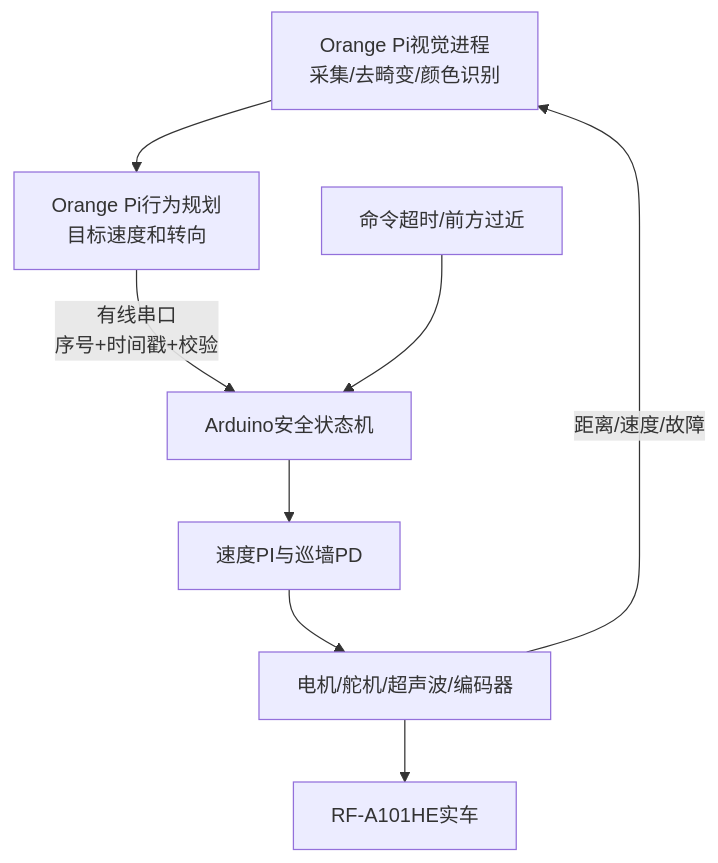
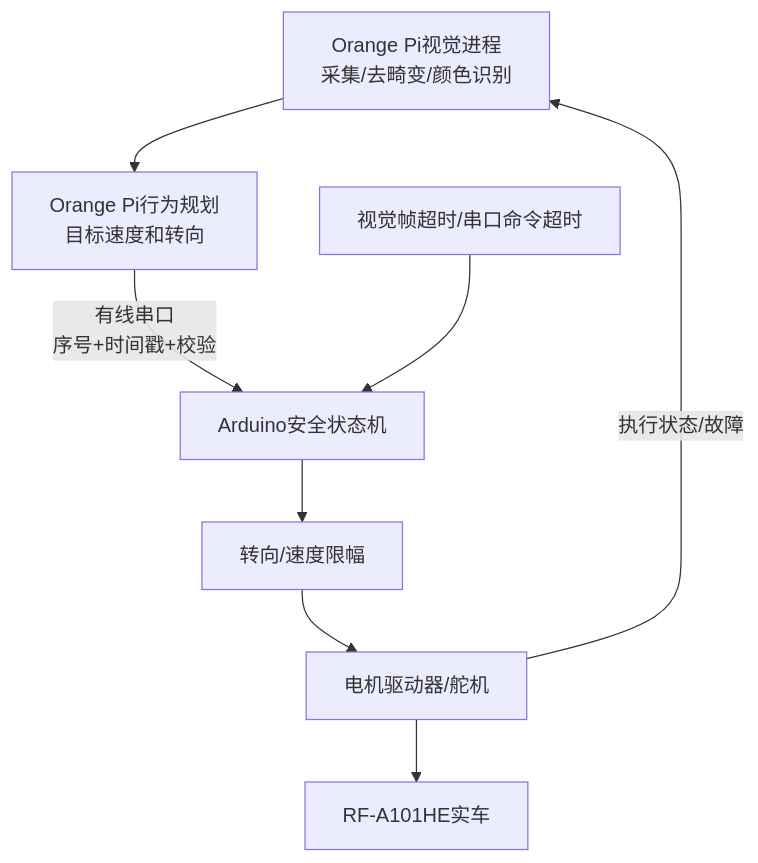
One commit to chinaxueyuannew/wro2026-nanjingBSSN changed the first of 3 diagrams in other其他/software-architecture.md. Above: the diagram before and after it, drawn with Mermaid. The commit also changed other lines of this file and 20 other files, not shown here.

````diff
--- a/other其他/software-architecture.md
+++ b/other其他/software-architecture.md
@@ -7,10 +11,10 @@
 ```mermaid
 flowchart TB
   VISION[Orange Pi视觉进程\n采集/去畸变/颜色识别] --> PLAN[Orange Pi行为规划\n目标速度和转向]
   PLAN -->|有线串口\n序号+时间戳+校验| FSM[Arduino安全状态机]
-  FSM --> CTRL[速度PI与巡墙PD]
-  CTRL --> HAL[电机/舵机/超声波/编码器]
+  FSM --> LIMIT[转向/速度限幅]
+  LIMIT --> HAL[电机驱动器/舵机]
   HAL --> HW[RF-A101HE实车]
-  HAL -->|距离/速度/故障| VISION
-  WATCHDOG[命令超时/前方过近] --> FSM
+  HAL -->|执行状态/故障| VISION
+  WATCHDOG[视觉帧超时/串口命令超时] --> FSM
 ```
````
